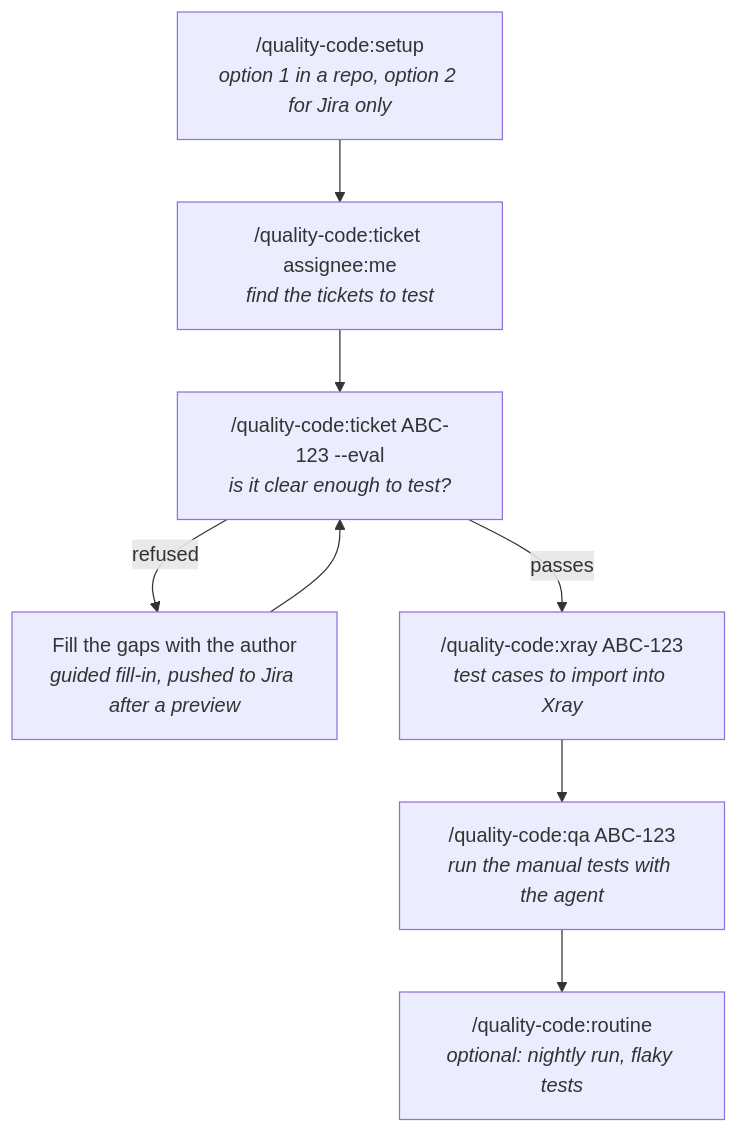
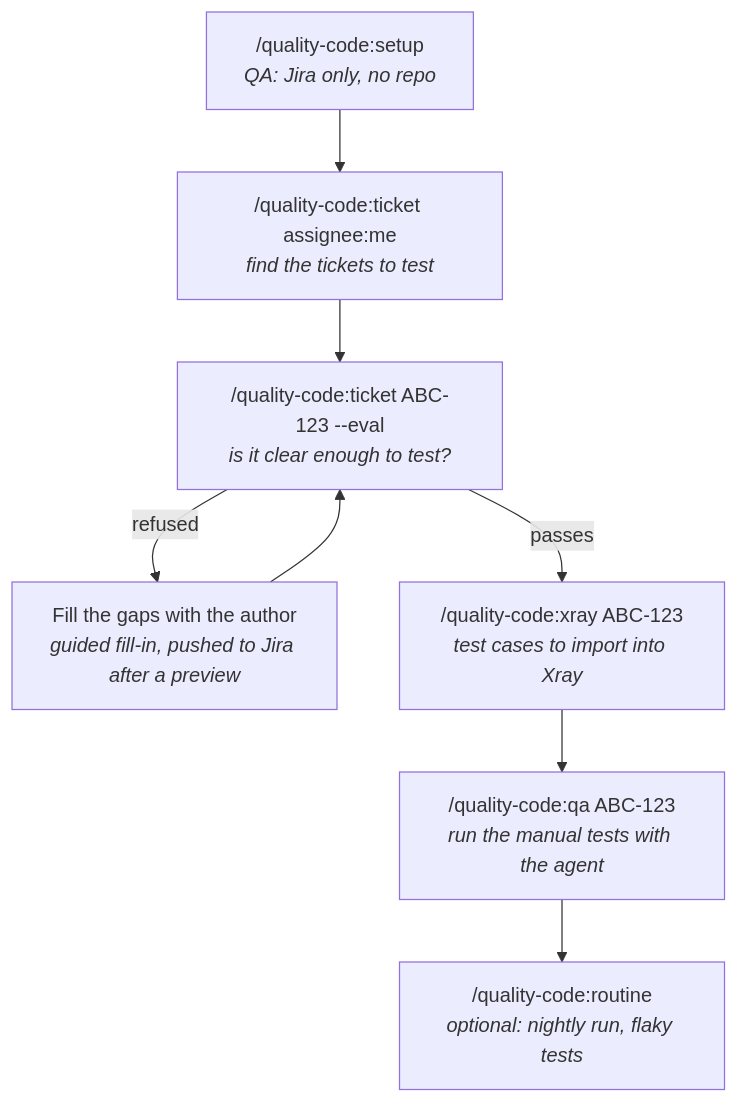
The second of 3 diagrams in README.md (vissz28/agentic-testing), drawn with Mermaid before and after one commit. The commit also changed other lines of this file and 21 other files, not shown here.

````diff
--- a/README.md
+++ b/README.md
@@ -49,10 +52,10 @@
 ```mermaid
 flowchart TD
-    A["/quality-code:setup<br/><i>option 1 in a repo, option 2 for Jira only</i>"] --> B["/quality-code:ticket assignee:me<br/><i>find the tickets to test</i>"]
+    A["/quality-code:setup<br/><i>QA: Jira only, no repo</i>"] --> B["/quality-code:ticket assignee:me<br/><i>find the tickets to test</i>"]
     B --> C["/quality-code:ticket ABC-123 --eval<br/><i>is it clear enough to test?</i>"]
     C -- refused --> D["Fill the gaps with the author<br/><i>guided fill-in, pushed to Jira after a preview</i>"]
     D --> C
     C -- passes --> E["/quality-code:xray ABC-123<br/><i>test cases to import into Xray</i>"]
     E --> F["/quality-code:qa ABC-123<br/><i>run the manual tests with the agent</i>"]
     F --> G["/quality-code:routine<br/><i>optional: nightly run, flaky tests</i>"]
 ```
````
